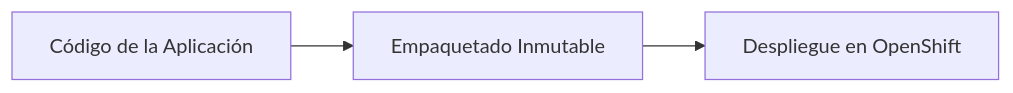
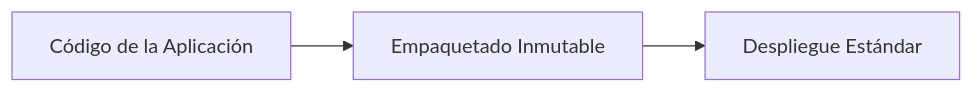
The first of 4 diagrams in docs/sesion1/1.2 de servidor a contendor.md (ieftraining/curso-openshift), drawn with Mermaid before and after one commit. The commit also changed other lines of this file, not shown here.

````diff
--- a/docs/sesion1/1.2 de servidor a contendor.md
+++ b/docs/sesion1/1.2 de servidor a contendor.md
@@ -50,5 +50,5 @@
 ```mermaid
 flowchart LR
     A["Código de la Aplicación"] --> B["Empaquetado Inmutable"]
-    B --> C["Despliegue en OpenShift"]
+    B --> C["Despliegue Estándar"]
 ```
````
